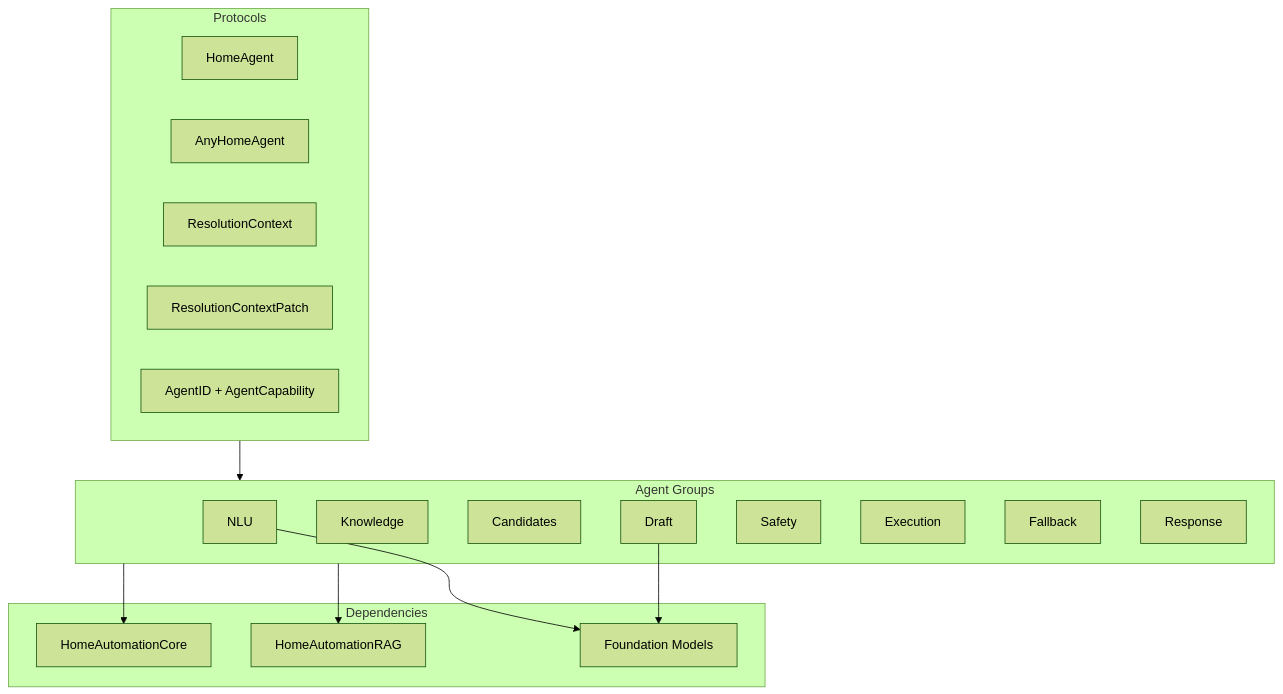
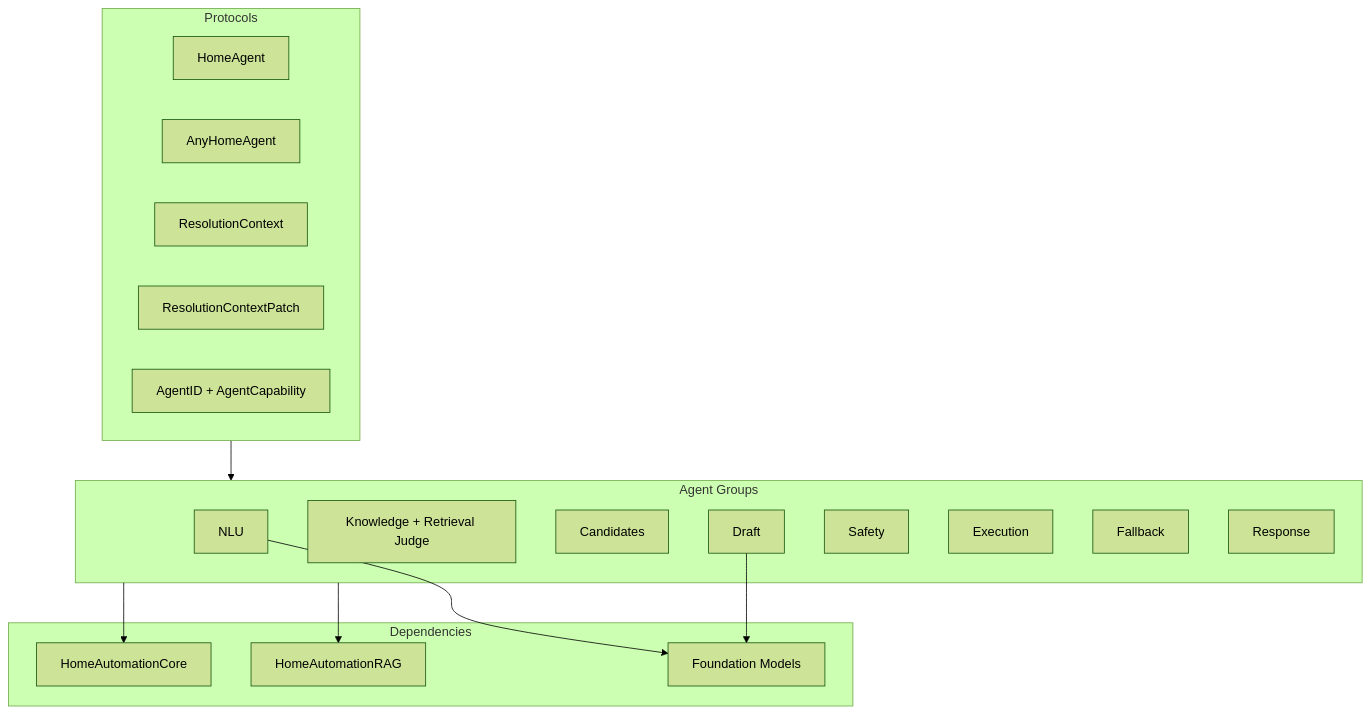
One commit to ksypinro/HomeAutomation changed the first of 2 diagrams in HomeAutomationCore/Sources/HomeAutomationAgents/README.md. Above: the diagram before and after it, drawn with Mermaid (forest theme). The commit also changed other lines of this file and 40 other files, not shown here.

````diff
--- a/HomeAutomationCore/Sources/HomeAutomationAgents/README.md
+++ b/HomeAutomationCore/Sources/HomeAutomationAgents/README.md
@@ -9,33 +9,33 @@
 ```mermaid
 flowchart TB
     subgraph Protocols["Protocols"]
         HomeAgent["HomeAgent"]
         AnyHomeAgent["AnyHomeAgent"]
         Context["ResolutionContext"]
         Patch["ResolutionContextPatch"]
         IDs["AgentID + AgentCapability"]
     end
 
     subgraph Groups["Agent Groups"]
         NLU["NLU"]
-        Knowledge["Knowledge"]
+        Knowledge["Knowledge + Retrieval Judge"]
         Candidates["Candidates"]
         Draft["Draft"]
         Safety["Safety"]
         Execution["Execution"]
         Fallback["Fallback"]
         Response["Response"]
     end
 
     subgraph Dependencies["Dependencies"]
         Core["HomeAutomationCore"]
         RAG["HomeAutomationRAG"]
         FM["Foundation Models"]
     end
 
     Protocols --> Groups
     Groups --> Core
     Groups --> RAG
     Draft --> FM
     NLU --> FM
 ```
````
